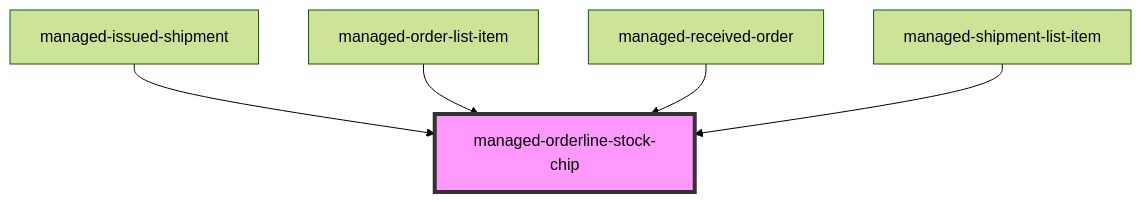
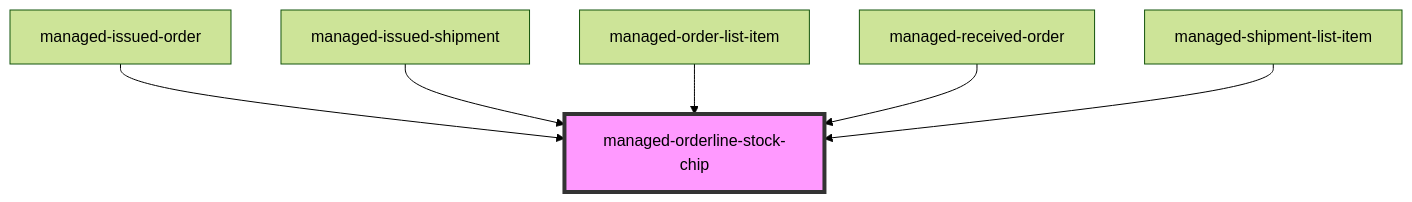
Before and after one commit to PharmaLedger-IMI/fgt-workspace: the diagram in pdm-web-components/src/components/managed-orderline-stock-chip/readme.md, drawn with Mermaid (forest theme). The commit also changed other lines of this file and 35 other files, not shown here.

````diff
--- a/pdm-web-components/src/components/managed-orderline-stock-chip/readme.md
+++ b/pdm-web-components/src/components/managed-orderline-stock-chip/readme.md
@@ -38,8 +39,9 @@
 ```mermaid
 graph TD;
+  managed-issued-order --> managed-orderline-stock-chip
   managed-issued-shipment --> managed-orderline-stock-chip
   managed-order-list-item --> managed-orderline-stock-chip
   managed-received-order --> managed-orderline-stock-chip
   managed-shipment-list-item --> managed-orderline-stock-chip
   style managed-orderline-stock-chip fill:#f9f,stroke:#333,stroke-width:4px
 ```
````
